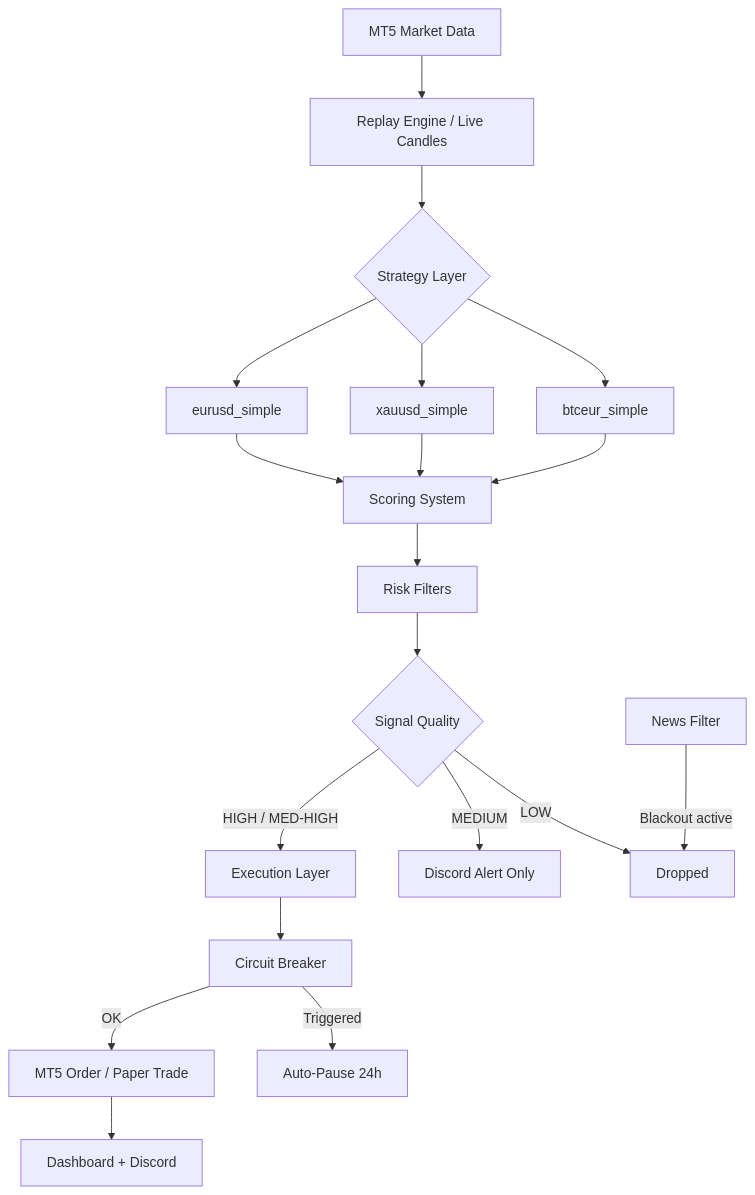
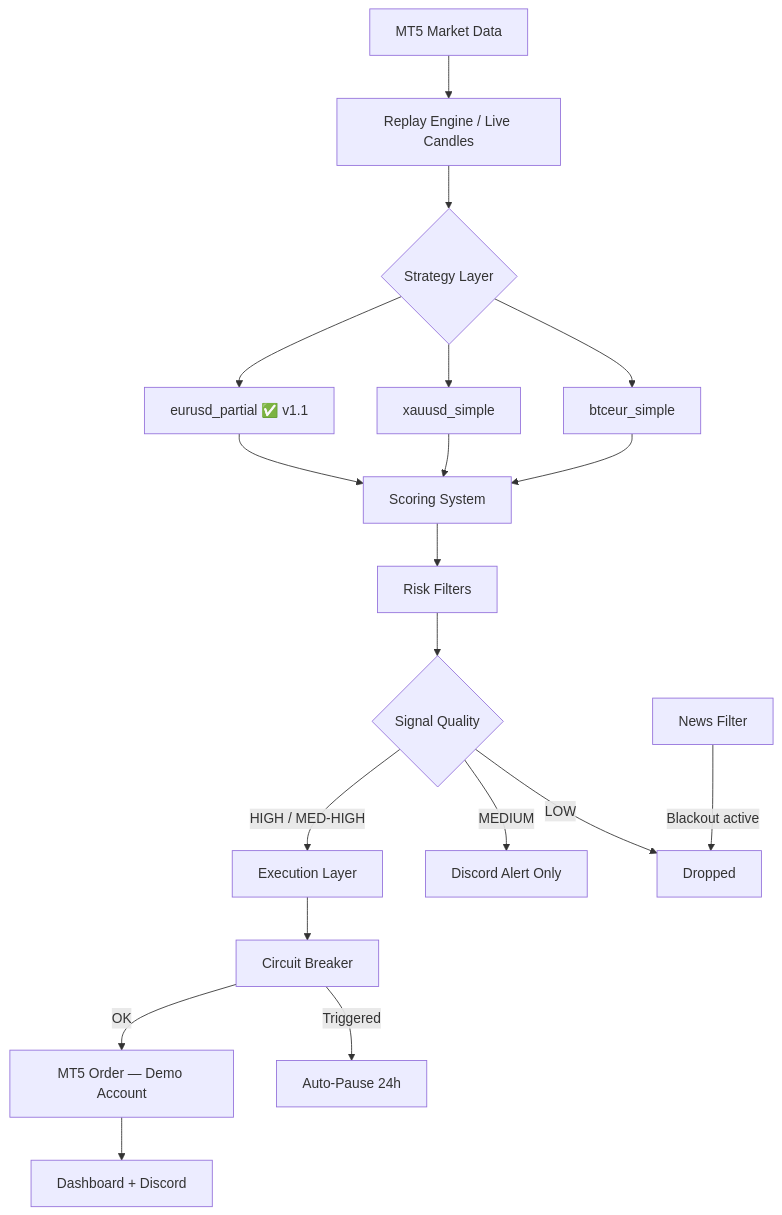
One commit to imlast999/LastEdge changed the first of 2 diagrams in README.md. Above: the diagram before and after it, drawn with Mermaid. The commit also changed other lines of this file and 11 other files, not shown here.

First line of the commit message:
v1.1-lastedge: eurusd_partial + rebranding + demo MT5 phase

````diff
--- a/README.md
+++ b/README.md
@@ -52,19 +55,19 @@
 ```mermaid
 flowchart TD
     A[MT5 Market Data] --> B[Replay Engine / Live Candles]
     B --> C{Strategy Layer}
-    C --> D[eurusd_simple]
+    C --> D[eurusd_partial ✅ v1.1]
     C --> E[xauusd_simple]
     C --> F[btceur_simple]
     D & E & F --> G[Scoring System]
     G --> H[Risk Filters]
     H --> I{Signal Quality}
     I -->|HIGH / MED-HIGH| J[Execution Layer]
     I -->|MEDIUM| K[Discord Alert Only]
     I -->|LOW| L[Dropped]
     J --> M[Circuit Breaker]
-    M -->|OK| N[MT5 Order / Paper Trade]
+    M -->|OK| N[MT5 Order — Demo Account]
     M -->|Triggered| O[Auto-Pause 24h]
     N --> P[Dashboard + Discord]
     Q[News Filter] -->|Blackout active| L
 ```
````
